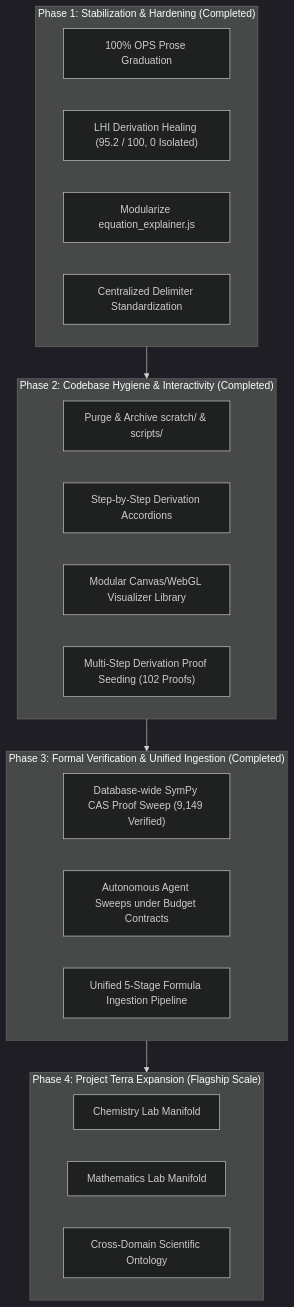
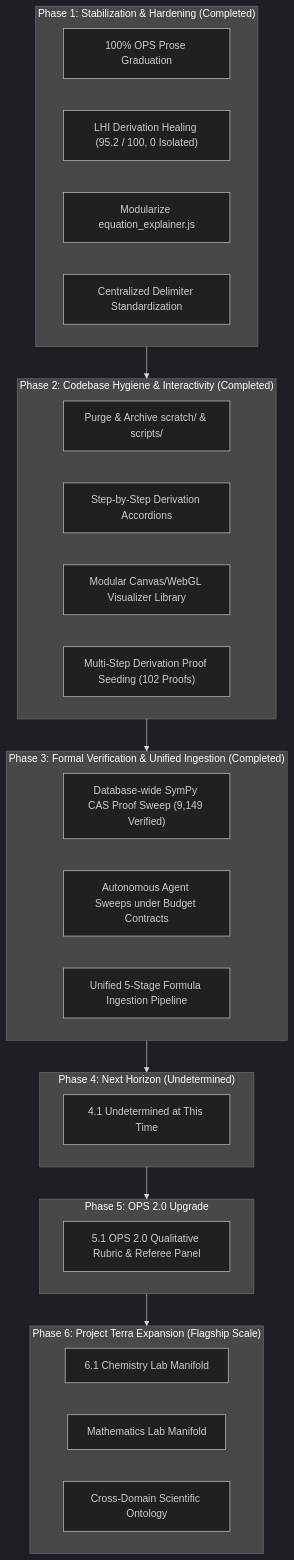
The diagram in docs/roadmap.md (jholobetz/terra), drawn with Mermaid (dark theme) before and after one commit. The commit also changed other lines of this file and 5 other files, not shown here.

Commit message:
Fix GitHub Actions pytest suite and update Phase 4/5/6 roadmap numbering

````diff
--- a/docs/roadmap.md
+++ b/docs/roadmap.md
@@ -27,32 +27,42 @@
 ```mermaid
 flowchart TD
     subgraph Phase1["Phase 1: Stabilization & Hardening (Completed)"]
         P1A["100% OPS Prose Graduation"]
         P1B["LHI Derivation Healing (95.2 / 100, 0 Isolated)"]
         P1C["Modularize equation_explainer.js"]
         P1D["Centralized Delimiter Standardization"]
     end
 
     subgraph Phase2["Phase 2: Codebase Hygiene & Interactivity (Completed)"]
         P2A["Purge & Archive scratch/ & scripts/"]
         P2B["Step-by-Step Derivation Accordions"]
         P2C["Modular Canvas/WebGL Visualizer Library"]
         P2D["Multi-Step Derivation Proof Seeding (102 Proofs)"]
     end
 
     subgraph Phase3["Phase 3: Formal Verification & Unified Ingestion (Completed)"]
         P3A["Database-wide SymPy CAS Proof Sweep (9,149 Verified)"]
         P3B["Autonomous Agent Sweeps under Budget Contracts"]
         P3C["Unified 5-Stage Formula Ingestion Pipeline"]
     end
 
-    subgraph Phase4["Phase 4: Project Terra Expansion (Flagship Scale)"]
-        P4A["Chemistry Lab Manifold"]
-        P4B["Mathematics Lab Manifold"]
-        P4C["Cross-Domain Scientific Ontology"]
+    subgraph Phase4["Phase 4: Next Horizon (Undetermined)"]
+        P4A["4.1 Undetermined at This Time"]
+    end
+
+    subgraph Phase5["Phase 5: OPS 2.0 Upgrade"]
+        P5A["5.1 OPS 2.0 Qualitative Rubric & Referee Panel"]
+    end
+
+    subgraph Phase6["Phase 6: Project Terra Expansion (Flagship Scale)"]
+        P6A["6.1 Chemistry Lab Manifold"]
+        P6B["Mathematics Lab Manifold"]
+        P6C["Cross-Domain Scientific Ontology"]
     end
 
     Phase1 --> Phase2
     Phase2 --> Phase3
     Phase3 --> Phase4
+    Phase4 --> Phase5
+    Phase5 --> Phase6
 ```
````
